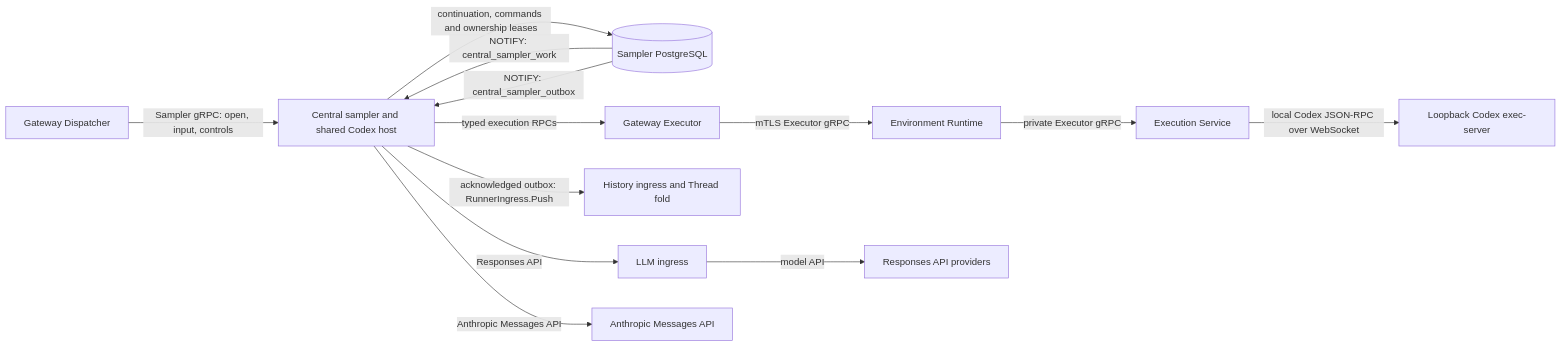
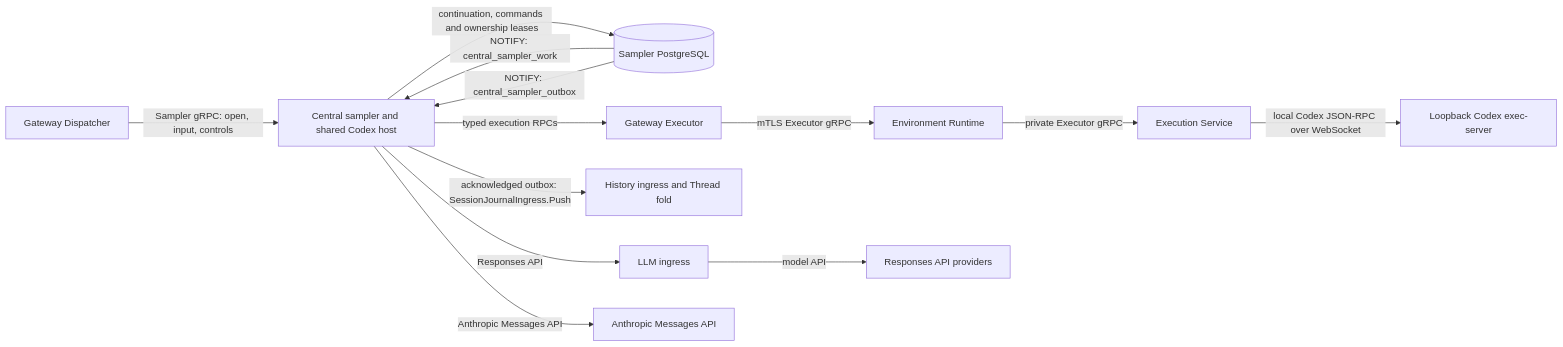
The second of 9 diagrams in agentplane/docs/system_overview.md (agentydragon/ducktape), drawn with Mermaid before and after one commit. The commit also changed other lines of this file and 458 other files, not shown here.

````diff
--- a/agentplane/docs/system_overview.md
+++ b/agentplane/docs/system_overview.md
@@ -51,25 +51,25 @@
 ```mermaid
 flowchart LR
     dispatcher[Gateway Dispatcher]
     sampler[Central sampler and shared Codex host]
     db[(Sampler PostgreSQL)]
     gateway[Gateway Executor]
     runtime[Environment Runtime]
     execution[Execution Service]
     executor[Loopback Codex exec-server]
     history[History ingress and Thread fold]
     llm[LLM ingress]
     responses[Responses API providers]
     anthropic[Anthropic Messages API]
     dispatcher -->|Sampler gRPC: open, input, controls| sampler
     sampler -->|continuation, commands and ownership leases| db
     db -->|NOTIFY: central_sampler_work| sampler
     db -->|NOTIFY: central_sampler_outbox| sampler
     sampler -->|typed execution RPCs| gateway
     gateway -->|mTLS Executor gRPC| runtime
     runtime -->|private Executor gRPC| execution
     execution -->|local Codex JSON-RPC over WebSocket| executor
-    sampler -->|acknowledged outbox: RunnerIngress.Push| history
+    sampler -->|acknowledged outbox: SessionJournalIngress.Push| history
     sampler -->|Responses API| llm -->|model API| responses
     sampler -->|Anthropic Messages API| anthropic
 ```
````
